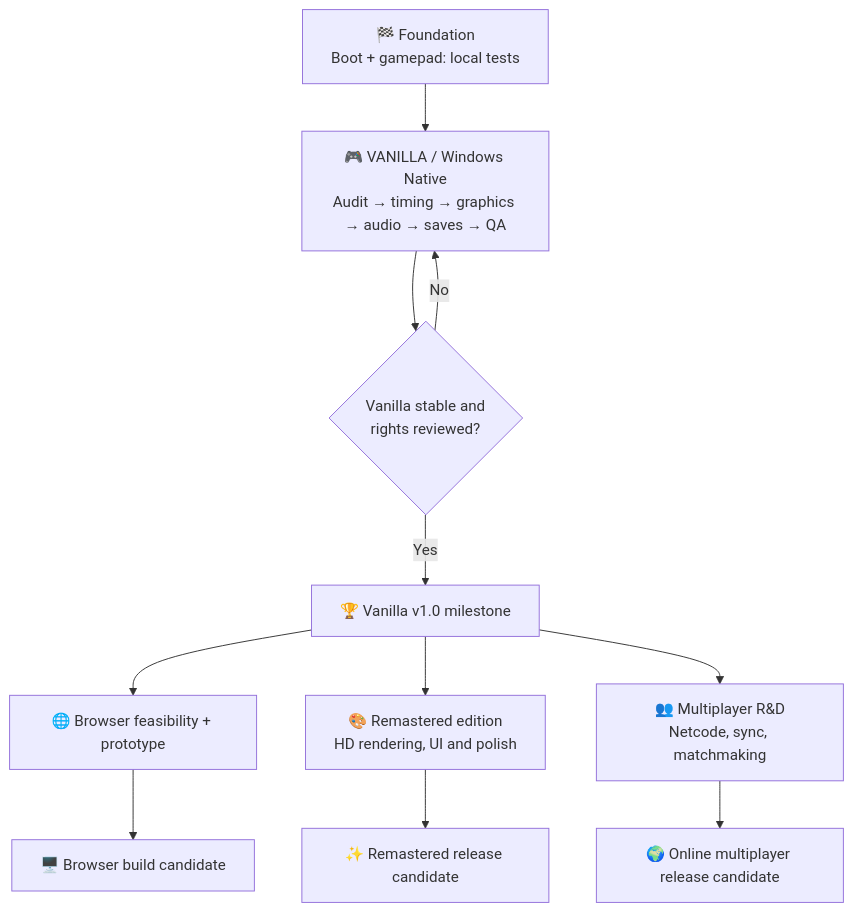
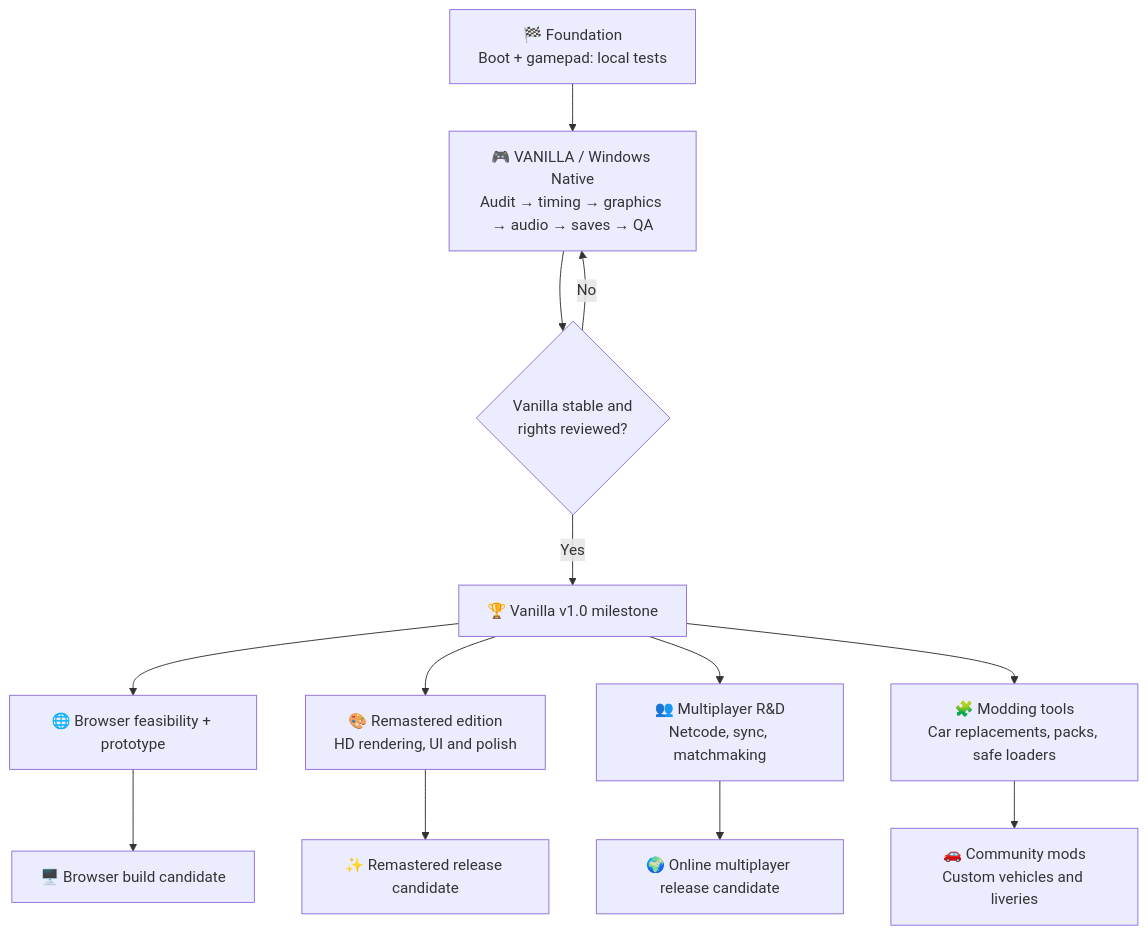
Before and after one commit to killeiro/Speed-Racer-Native-Port: the diagram in ROADMAP.md, drawn with Mermaid. The commit also changed other lines of this file, not shown here.

Commit message:
docs: add community modding track and vehicle mod architecture

````diff
--- a/ROADMAP.md
+++ b/ROADMAP.md
@@ -9,13 +9,15 @@
 ```mermaid
 flowchart TD
   A["🏁 Foundation<br/>Boot + gamepad: local tests"] --> B["🎮 VANILLA / Windows Native<br/>Audit → timing → graphics → audio → saves → QA"]
   B --> C{"Vanilla stable and<br/>rights reviewed?"}
   C -->|No| B
   C -->|Yes| D["🏆 Vanilla v1.0 milestone"]
   D --> E["🌐 Browser feasibility + prototype"]
   D --> F["🎨 Remastered edition<br/>HD rendering, UI and polish"]
   D --> G["👥 Multiplayer R&D<br/>Netcode, sync, matchmaking"]
+  D --> M["🧩 Modding tools<br/>Car replacements, packs, safe loaders"]
+  M --> N["🚗 Community mods<br/>Custom vehicles and liveries"]
   F --> H["✨ Remastered release candidate"]
   G --> I["🌍 Online multiplayer release candidate"]
   E --> J["🖥️ Browser build candidate"]
 ```
````
